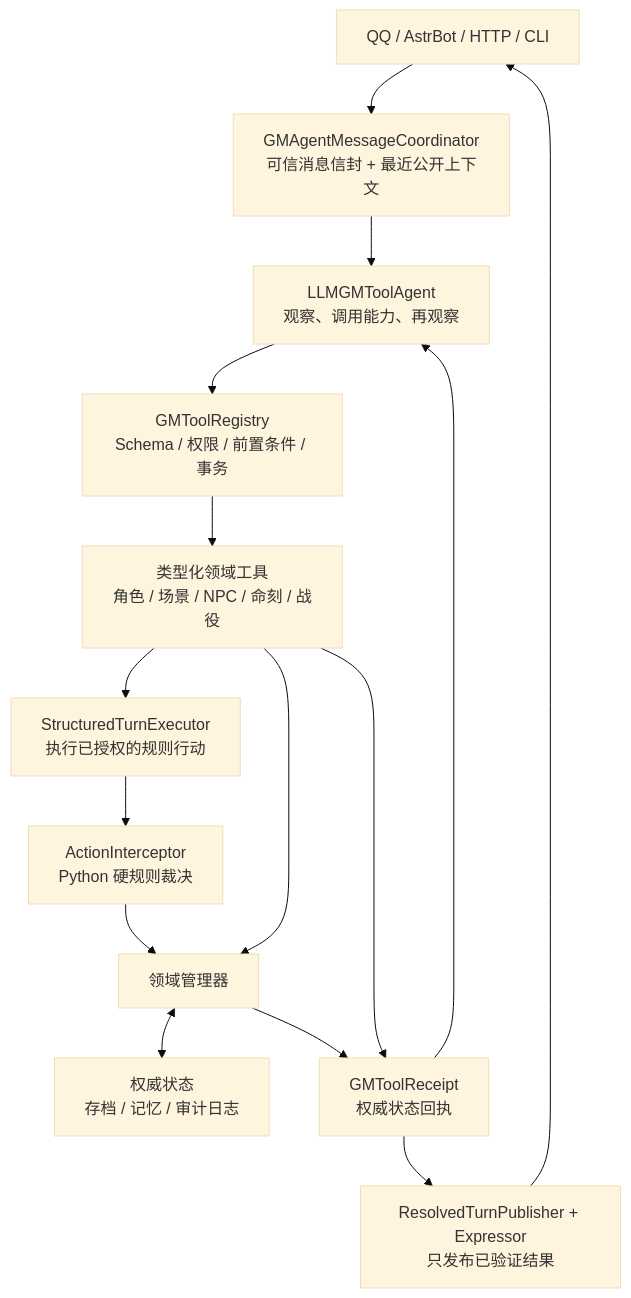
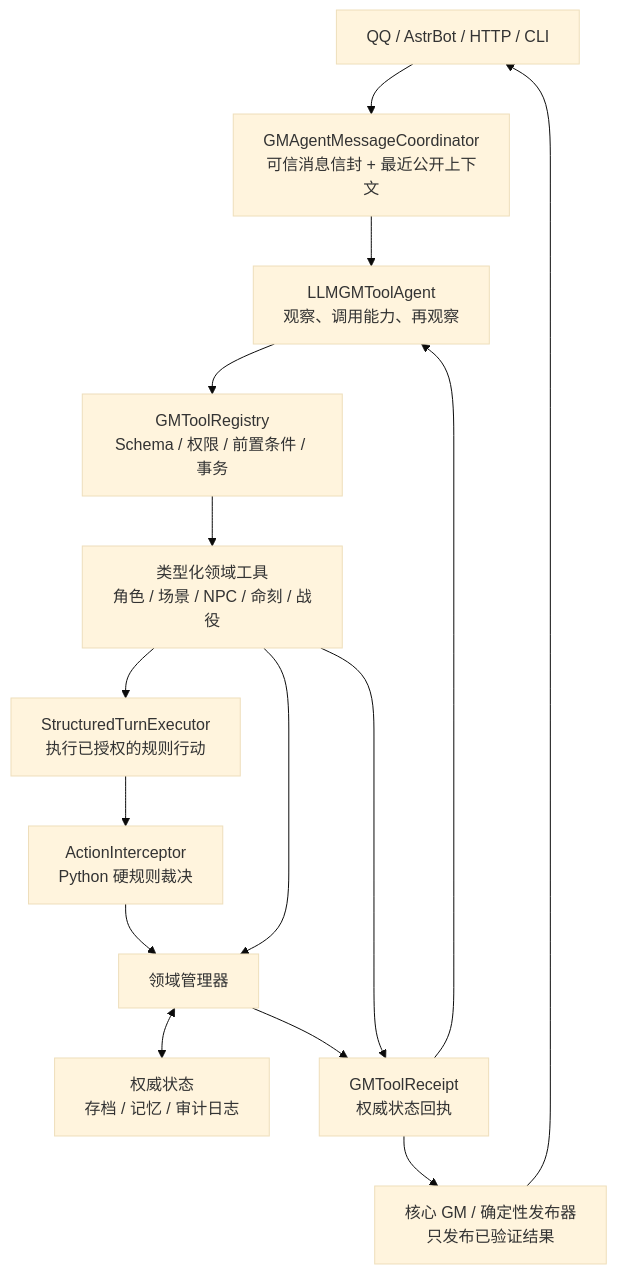
Before and after one commit to cunFu-ai/FU-GM: the diagram in README.md, drawn with Mermaid (base theme). The commit also changed other lines of this file and 270 other files, not shown here.

````diff
--- a/README.md
+++ b/README.md
@@ -9,17 +9,17 @@
 ```mermaid
 flowchart TD
     A["QQ / AstrBot / HTTP / CLI"] --> B["GMAgentMessageCoordinator<br/>可信消息信封 + 最近公开上下文"]
     B --> C["LLMGMToolAgent<br/>观察、调用能力、再观察"]
     C --> D["GMToolRegistry<br/>Schema / 权限 / 前置条件 / 事务"]
     D --> E["类型化领域工具<br/>角色 / 场景 / NPC / 命刻 / 战役"]
     E --> F["StructuredTurnExecutor<br/>执行已授权的规则行动"]
     F --> G["ActionInterceptor<br/>Python 硬规则裁决"]
     E --> H["领域管理器"]
     G --> H
     H <--> I["权威状态<br/>存档 / 记忆 / 审计日志"]
     E --> J["GMToolReceipt<br/>权威状态回执"]
     H --> J
     J --> C
-    J --> K["ResolvedTurnPublisher + Expressor<br/>只发布已验证结果"]
+    J --> K["核心 GM / 确定性发布器<br/>只发布已验证结果"]
     K --> A
 ```
````
